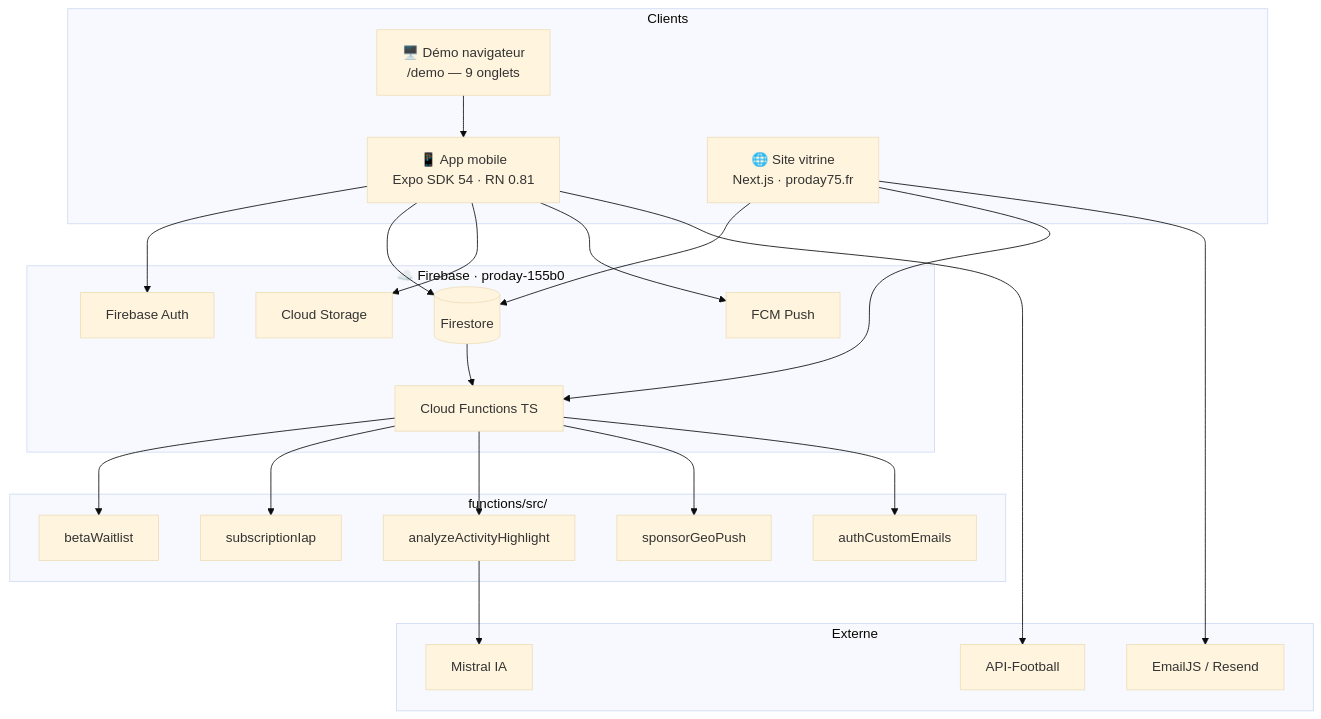
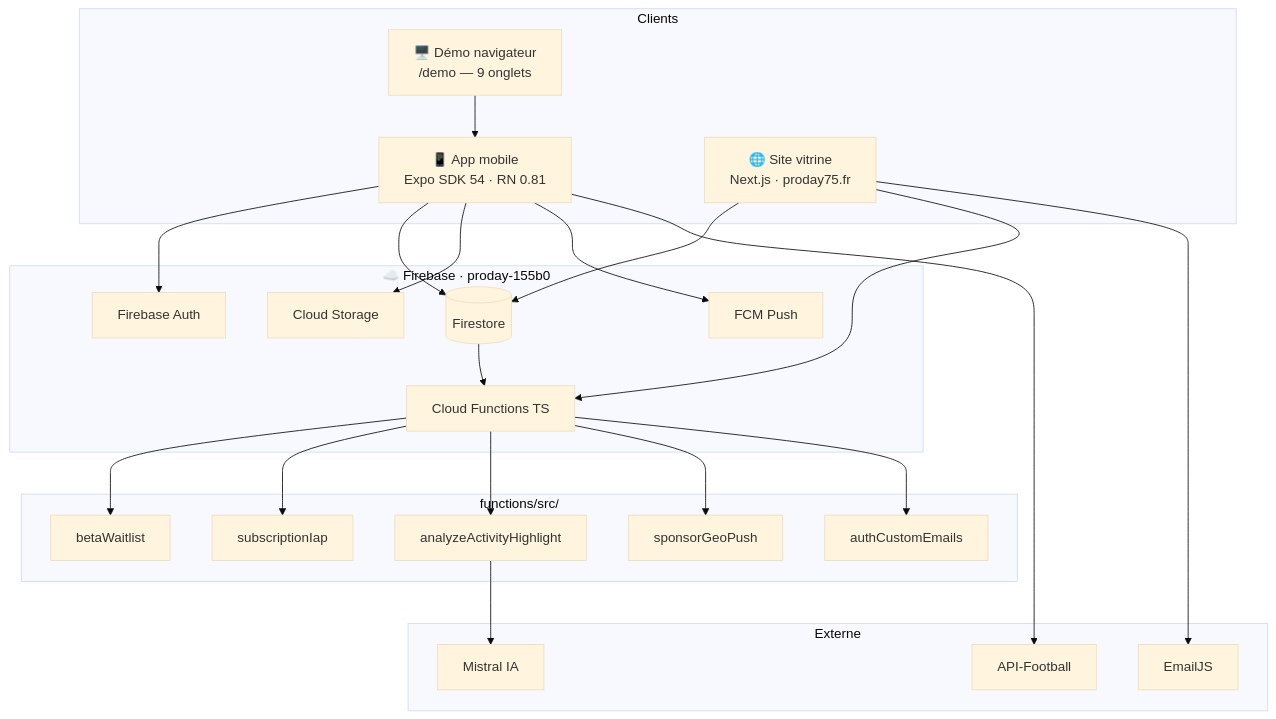
One commit to alfredgibeau-ahoussinou/PRODAY changed the fifth of 5 diagrams in README.md. Above: the diagram before and after it, drawn with Mermaid (base theme). The commit also changed 19 other files, not shown here.

First line of the commit message:
chore: EmailJS uniquement, suppression Resend

````diff
--- a/README.md
+++ b/README.md
@@ -328,50 +328,50 @@
 ```mermaid
 flowchart TB
     subgraph Clients
         APP["📱 App mobile\nExpo SDK 54 · RN 0.81"]
         WEB["🌐 Site vitrine\nNext.js · proday75.fr"]
         DEMO["🖥️ Démo navigateur\n/demo — 9 onglets"]
     end
 
     subgraph Firebase["☁️ Firebase · proday-155b0"]
         AUTH[Firebase Auth]
         FS[(Firestore)]
         ST[Cloud Storage]
         FCM[FCM Push]
         CF[Cloud Functions TS]
     end
 
     subgraph Functions["functions/src/"]
         BETA[betaWaitlist]
         IAP[subscriptionIap]
         AI[analyzeActivityHighlight]
         GEO[sponsorGeoPush]
         MAIL[authCustomEmails]
     end
 
     subgraph Externe
         MISTRAL[Mistral IA]
         APIFOOT[API-Football]
-        EMAIL[EmailJS / Resend]
+        EMAIL[EmailJS]
     end
 
     APP --> AUTH
     APP --> FS
     APP --> ST
     APP --> FCM
     WEB --> FS
     WEB --> CF
     DEMO --> APP
 
     CF --> BETA
     CF --> IAP
     CF --> AI
     CF --> GEO
     CF --> MAIL
 
     AI --> MISTRAL
     WEB --> EMAIL
     APP --> APIFOOT
 
     FS --> CF
 ```
````
